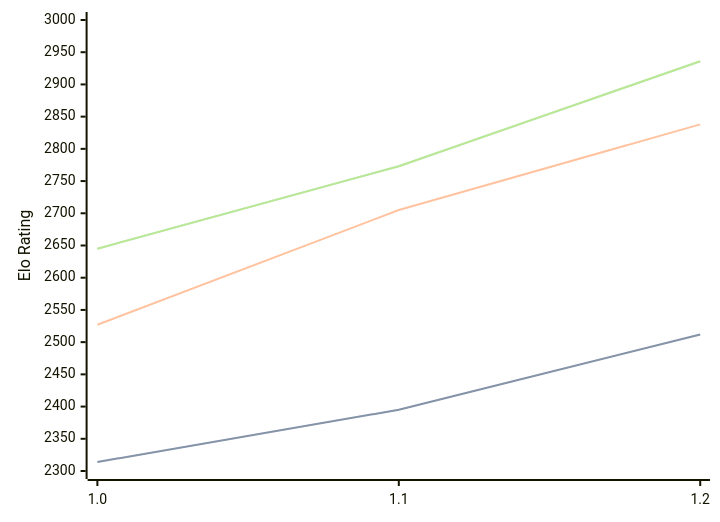
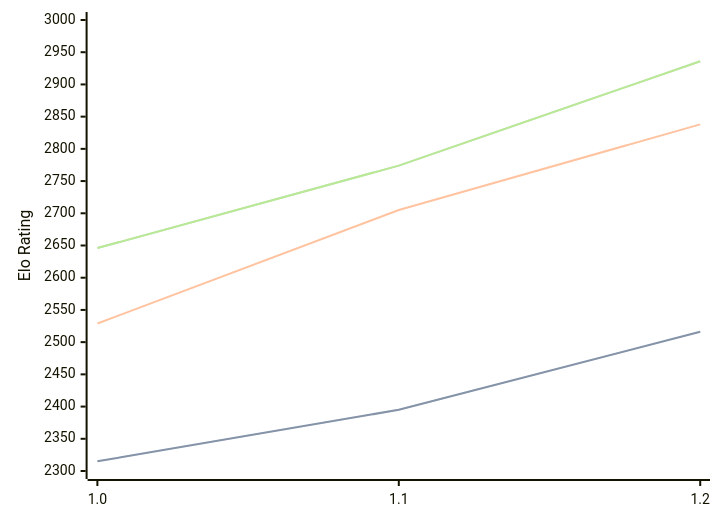
Before and after one commit to computer-chess-index/cci: the diagram in engines/FoxChess.md, drawn with Mermaid. The commit also changed other lines of this file, not shown here.

Commit message:
Update CCI Ratings (ELO VLTC) - 2026-08-25

````diff
--- a/engines/FoxChess.md
+++ b/engines/FoxChess.md
@@ -33,11 +33,11 @@
 ```mermaid
 %%{init: {"theme":"base","themeVariables":{"seriesColors:['#a3a3a3','#222221','#faa371']}}}%%
 xychart-beta
   x-axis ["1.0", "1.1", "1.2"]
   y-axis "Elo Rating" 2300 --> 3000
-  line "STC (8.0+0.08s)" [2314, 2395, 2512]
-  line "STC (8.0+0.08s)" [2314, 2395, 2512]
-  line "LTC (60.0+0.60s)" [2527, 2705, 2838]
-  line "VLTC (2m24s+1.12s)" [2645, 2773, 2936]
-  line "VLTC (2m24s+1.12s)" [2645, 2773, 2936]
+  line "STC (8.0+0.08s)" [2315, 2395, 2516]
+  line "STC (8.0+0.08s)" [2315, 2395, 2516]
+  line "LTC (60.0+0.60s)" [2529, 2705, 2838]
+  line "VLTC (2m24s+1.12s)" [2646, 2774, 2936]
+  line "VLTC (2m24s+1.12s)" [2646, 2774, 2936]
 ```
````
